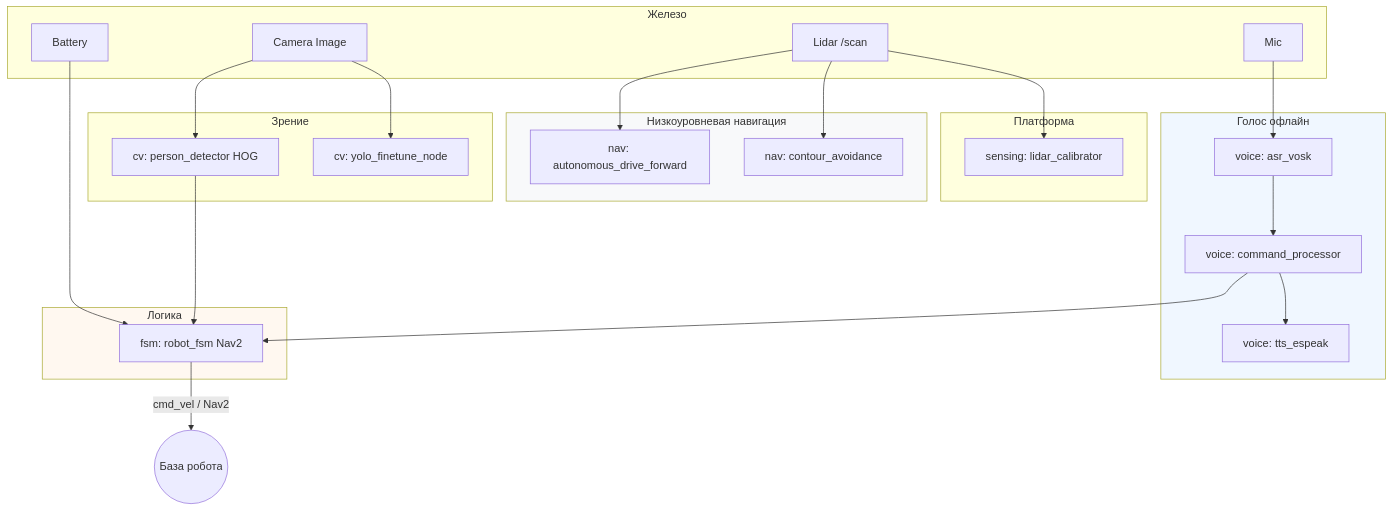
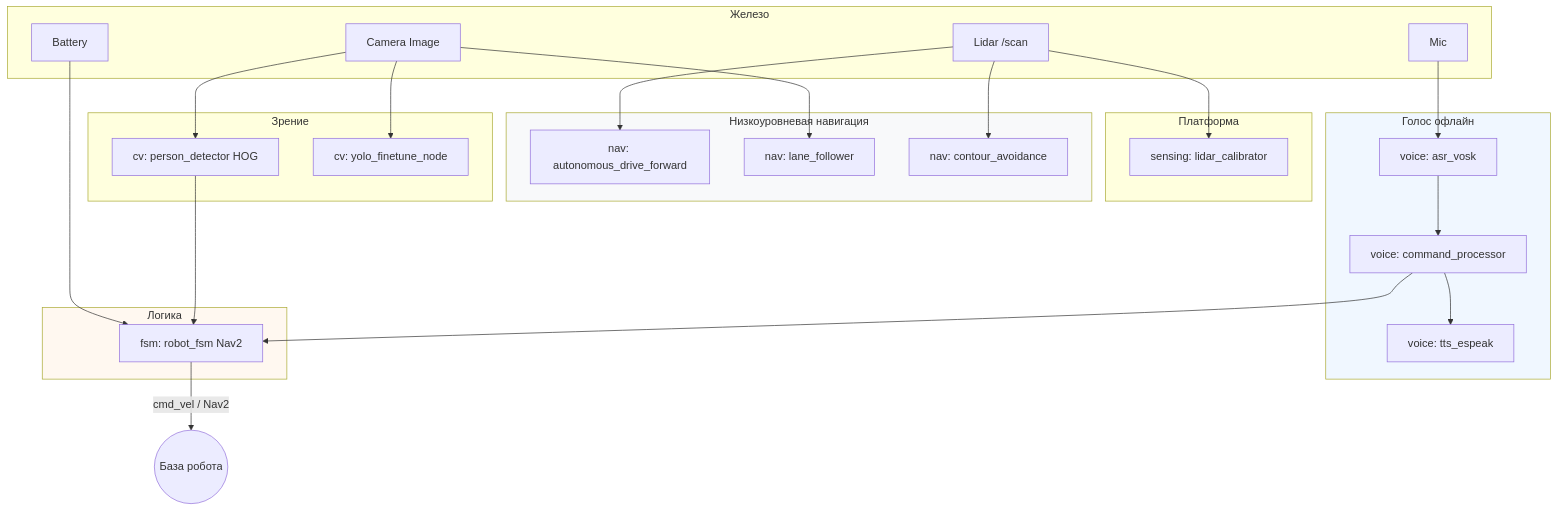
One commit to Kirill-pydev/development_on_ros2 changed the first of 3 diagrams in README.md. Above: the diagram before and after it, drawn with Mermaid. The commit also changed other lines of this file and 3 other files, not shown here.

````diff
--- a/README.md
+++ b/README.md
@@ -41,50 +41,52 @@
 ```mermaid
 flowchart TB
   subgraph HW["Железо"]
     L[Lidar /scan]
     C[Camera Image]
     M[Mic]
     BAT[Battery]
   end
 
   subgraph SENS["Платформа"]
     CAL[sensing: lidar_calibrator]
   end
 
   subgraph NAVLOW["Низкоуровневая навигация"]
     AF[nav: autonomous_drive_forward]
+    LF[nav: lane_follower]
     CO[nav: contour_avoidance]
   end
 
   subgraph CV["Зрение"]
     HOG[cv: person_detector HOG]
     YOLO[cv: yolo_finetune_node]
   end
 
   subgraph VOICE["Голос офлайн"]
     ASR[voice: asr_vosk]
     PROC[voice: command_processor]
     TTS[voice: tts_espeak]
   end
 
   subgraph BRAIN["Логика"]
     FSM[fsm: robot_fsm Nav2]
   end
 
   L --> CAL
   L --> AF
   L --> CO
+  C --> LF
   C --> HOG
   C --> YOLO
   M --> ASR
   ASR --> PROC
   PROC --> TTS
   PROC --> FSM
   BAT --> FSM
   HOG --> FSM
   FSM --> |cmd_vel / Nav2| BOT((База робота))
 
   style NAVLOW fill:#f8f9fa
   style VOICE fill:#f0f7ff
   style BRAIN fill:#fff8f0
 ```
````
